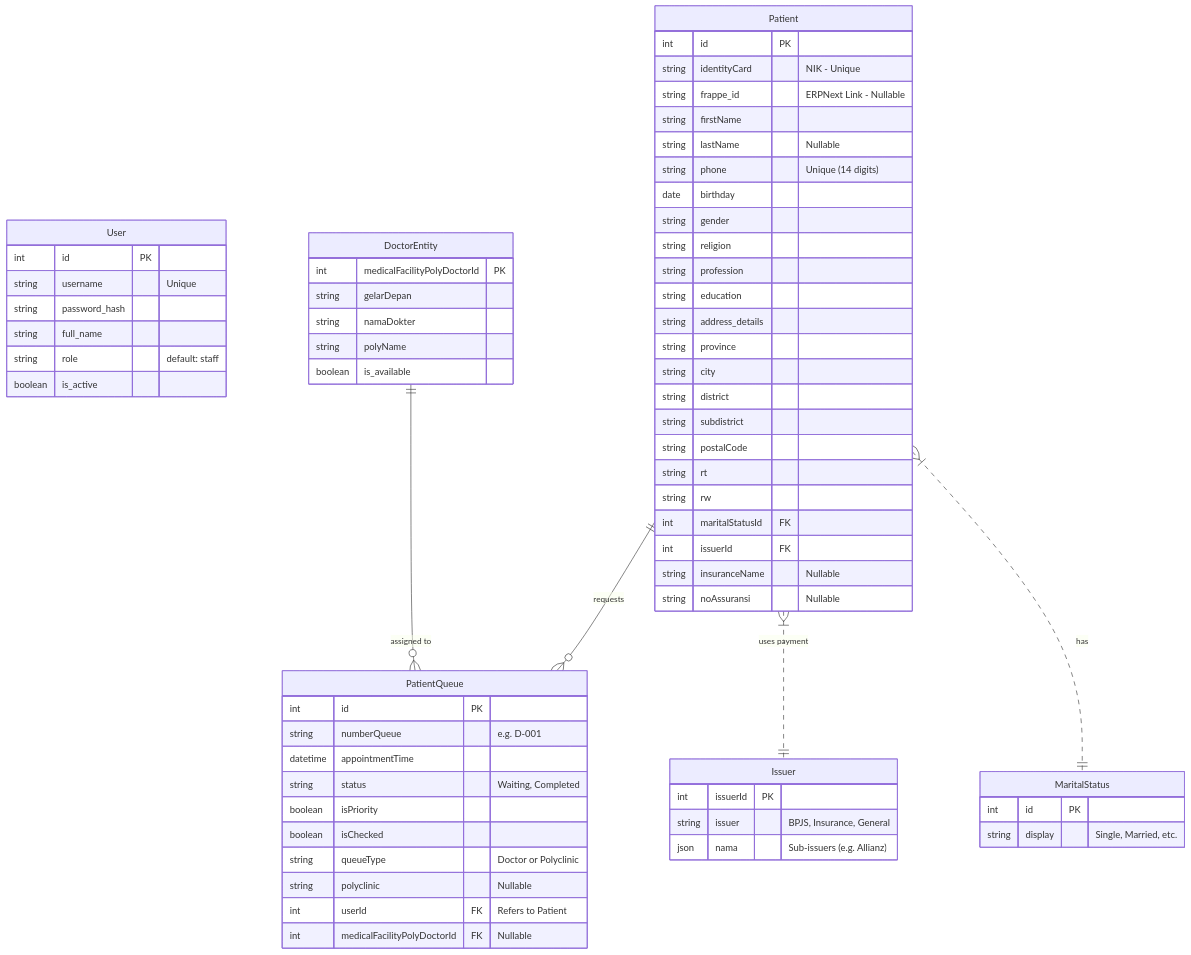
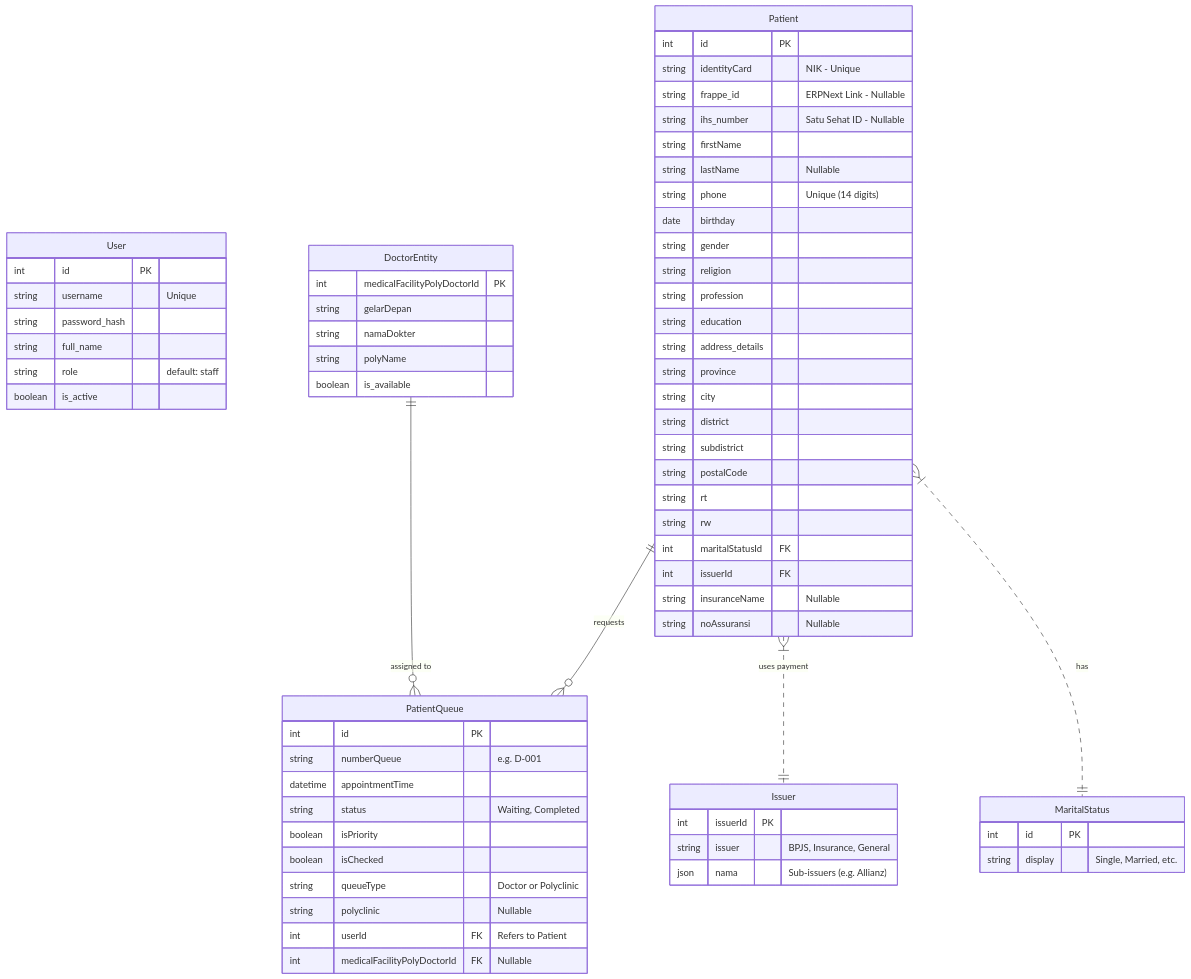
One commit to giangawatsu016/Klinik_FrontDesk changed the diagram in ERD_Klinik Admin.md. Above: the diagram before and after it, drawn with Mermaid. The commit also changed 2 other files, not shown here.

Commit message:
docs: update FSD, PRD, and ERD with v2.2 QA improvements and schema details

```diff
--- a/ERD_Klinik Admin.md
+++ b/ERD_Klinik Admin.md
@@ -40,6 +40,7 @@
         int id PK
         string identityCard "NIK - Unique"
         string frappe_id "ERPNext Link - Nullable"
+        string ihs_number "Satu Sehat ID - Nullable"
         string firstName
         string lastName "Nullable"
         string phone "Unique (14 digits)"
```
